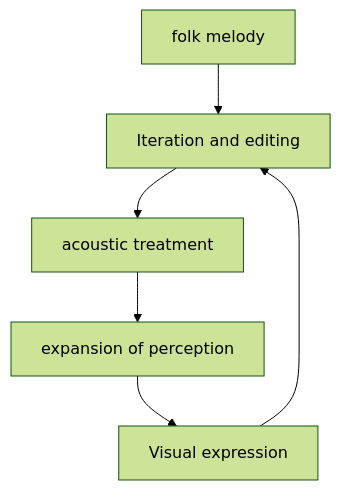
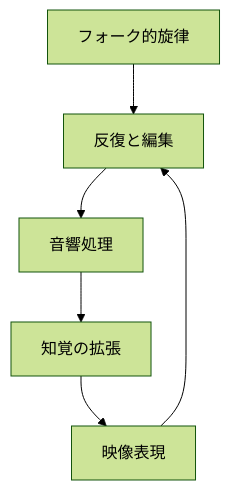
Before and after one commit to monumental-movement/monumental-movement.github.io: the second of 2 diagrams in en/_posts/2025-12-16-column-neo-psychedelic-folk.md, drawn with Mermaid (forest theme). The commit also changed other lines of this file and 2196 other files, not shown here.

```diff
--- a/en/_posts/2025-12-16-column-neo-psychedelic-folk.md
+++ b/en/_posts/2025-12-16-column-neo-psychedelic-folk.md
@@ -143,5 +143,5 @@
 <div class="mermaid">
 flowchart TD
-    A[folk melody] --> B[Iteration and editing] --> C[acoustic treatment] --> D[expansion of perception] --> E[Visual expression]
+    A[フォーク的旋律] --> B[反復と編集] --> C[音響処理] --> D[知覚の拡張] --> E[映像表現]
     E --> B
 </div>
```
